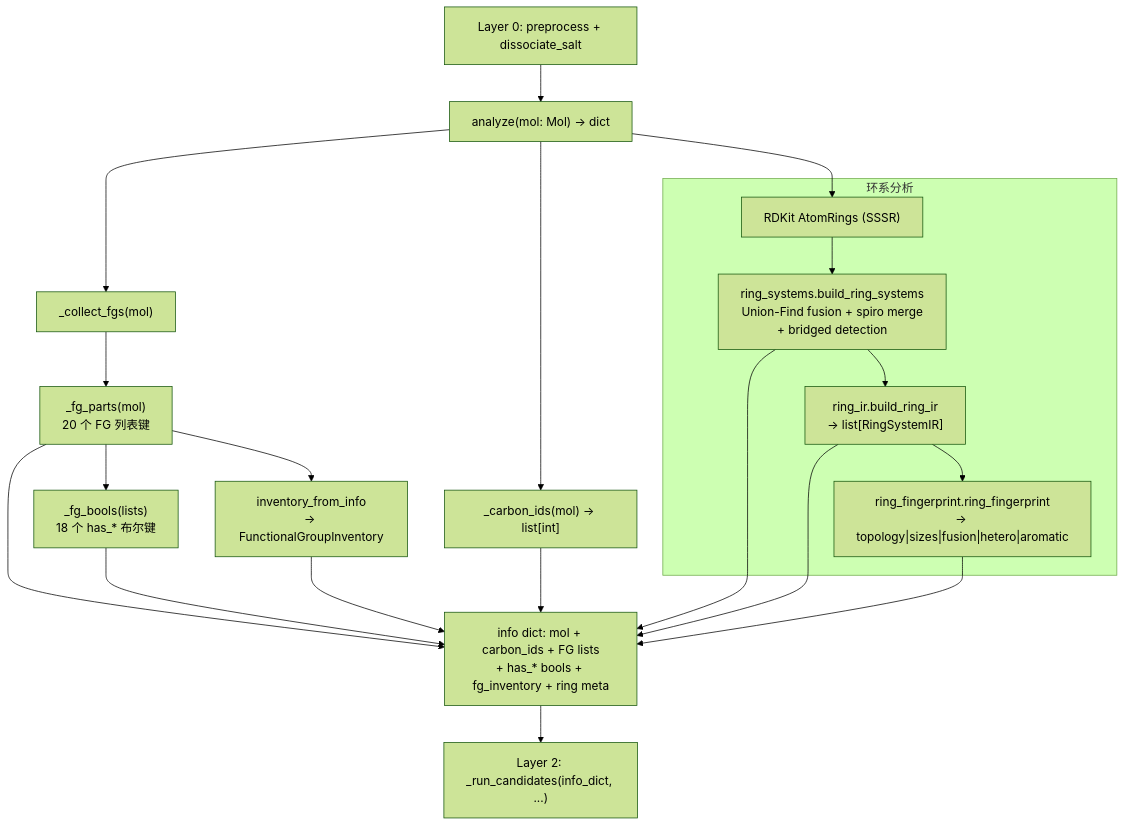
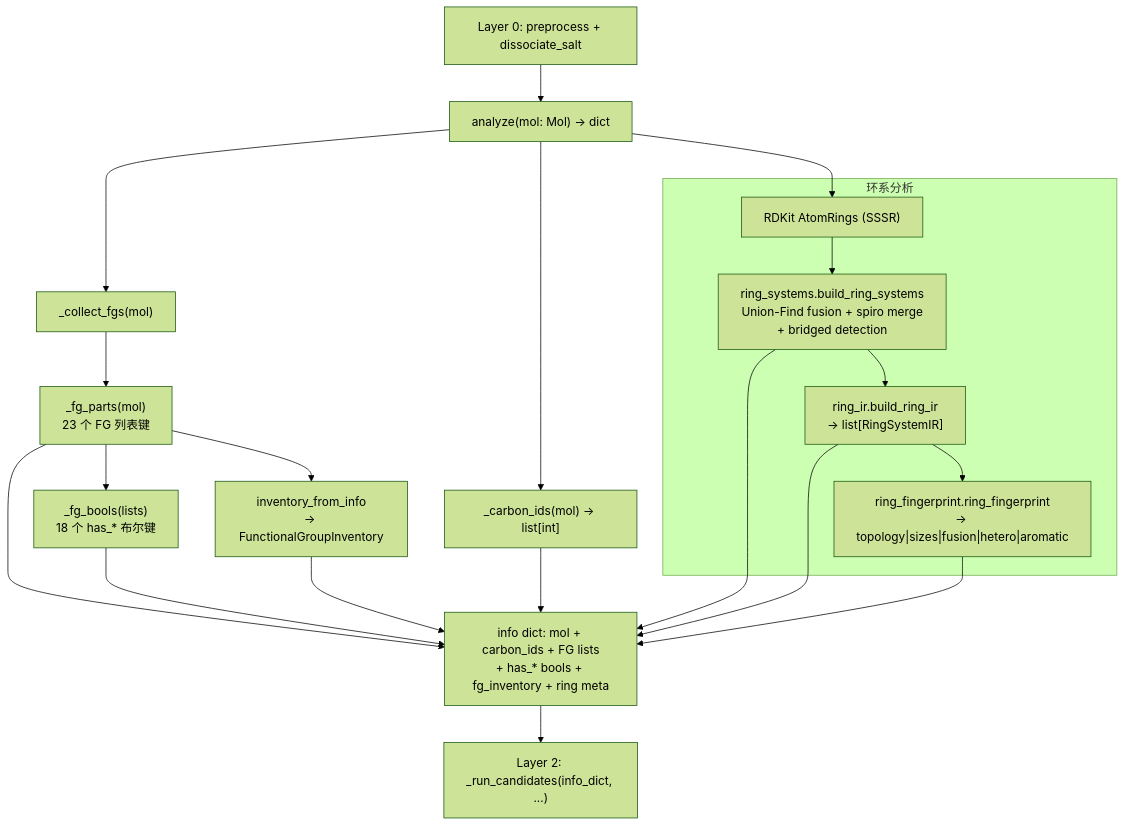
The first of 2 diagrams in docs/wiki/architecture/layer1-analyzer.md (zouxiaofei1/OpenSMILES), drawn with Mermaid (forest theme) before and after one commit. The commit also changed other lines of this file and 21 other files, not shown here.

````diff
--- a/docs/wiki/architecture/layer1-analyzer.md
+++ b/docs/wiki/architecture/layer1-analyzer.md
@@ -186,43 +201,43 @@
 ```mermaid
 flowchart TD
     L0["Layer 0: preprocess + dissociate_salt"]
     L1_ENTRY["analyze(mol: Mol) → dict"]
     CARBONS["_carbon_ids(mol) → list[int]"]
     FG_COLLECT["_collect_fgs(mol)"]
-    FG_PARTS["_fg_parts(mol)<br/>20 个 FG 列表键"]
+    FG_PARTS["_fg_parts(mol)<br/>23 个 FG 列表键"]
     FG_BOOLS["_fg_bools(lists)<br/>18 个 has_* 布尔键"]
     INV["inventory_from_info<br/>→ FunctionalGroupInventory"]
 
     subgraph RING["环系分析"]
         SSSR["RDKit AtomRings (SSSR)"]
         RING_SYS["ring_systems.build_ring_systems<br/>Union-Find fusion + spiro merge<br/>+ bridged detection"]
         RING_IR["ring_ir.build_ring_ir<br/>→ list[RingSystemIR]"]
         RING_FP["ring_fingerprint.ring_fingerprint<br/>→ topology|sizes|fusion|hetero|aromatic"]
     end
 
     RESULT["info dict: mol + carbon_ids + FG lists<br/>+ has_* bools + fg_inventory + ring meta"]
     L2["Layer 2: _run_candidates(info_dict, ...)"]
 
     L0 --> L1_ENTRY
     L1_ENTRY --> CARBONS
     L1_ENTRY --> FG_COLLECT
     L1_ENTRY --> SSSR
 
     FG_COLLECT --> FG_PARTS
     FG_PARTS --> FG_BOOLS
     FG_PARTS --> INV
 
     FG_PARTS --> RESULT
     FG_BOOLS --> RESULT
     INV --> RESULT
     CARBONS --> RESULT
 
     SSSR --> RING_SYS
     RING_SYS --> RING_IR
     RING_IR --> RING_FP
     RING_SYS --> RESULT
     RING_IR --> RESULT
     RING_FP --> RESULT
 
     RESULT --> L2
 ```
````
